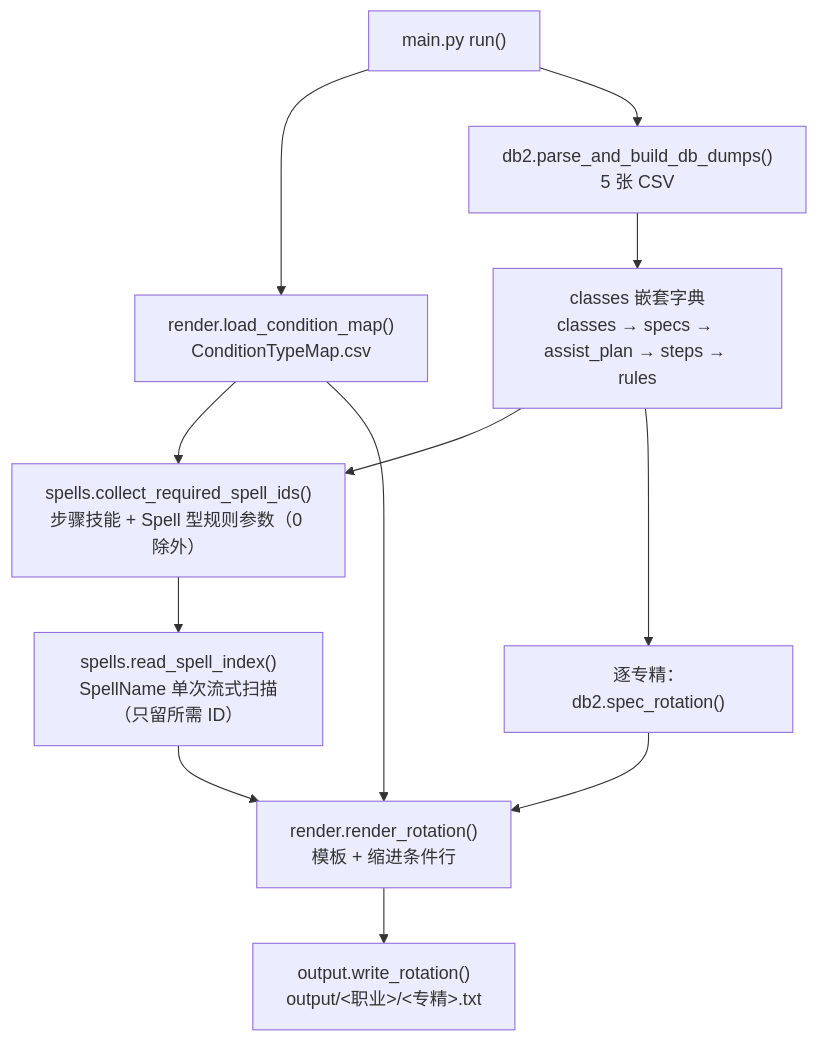
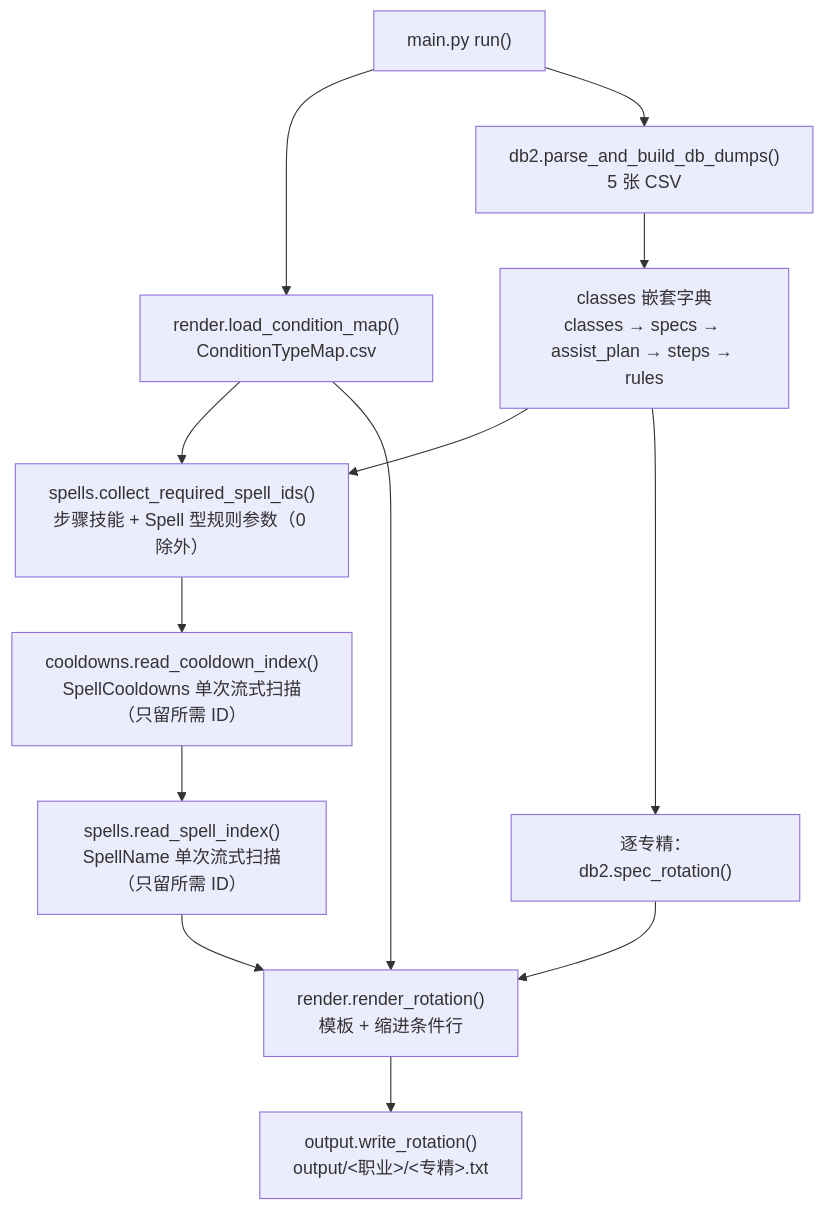
Before and after one commit to liantian-cn/WowAssistedCombatReveal: the diagram in PROJECT_LOGIC.md, drawn with Mermaid. The commit also changed other lines of this file and 50 other files, not shown here.

First line of the commit message:
feat: annotate spell labels with cooldowns over one second

````diff
--- a/PROJECT_LOGIC.md
+++ b/PROJECT_LOGIC.md
@@ -148,14 +153,15 @@
 ```mermaid
 flowchart TD
     A["main.py run()"] --> B["render.load_condition_map()<br/>ConditionTypeMap.csv"]
     A --> C["db2.parse_and_build_db_dumps()<br/>5 张 CSV"]
     C --> D["classes 嵌套字典<br/>classes → specs → assist_plan → steps → rules"]
     D --> E["spells.collect_required_spell_ids()<br/>步骤技能 + Spell 型规则参数（0 除外）"]
     B --> E
-    E --> F["spells.read_spell_index()<br/>SpellName 单次流式扫描（只留所需 ID）"]
+    E --> F0["cooldowns.read_cooldown_index()<br/>SpellCooldowns 单次流式扫描（只留所需 ID）"]
+    F0 --> F["spells.read_spell_index()<br/>SpellName 单次流式扫描（只留所需 ID）"]
     D --> G["逐专精：db2.spec_rotation()"]
     F --> H["render.render_rotation()<br/>模板 + 缩进条件行"]
     B --> H
     G --> H
     H --> I["output.write_rotation()<br/>output/&lt;职业&gt;/&lt;专精&gt;.txt"]
 ```
````
